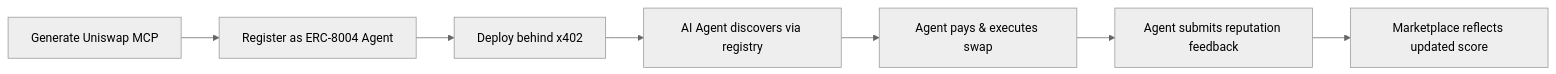
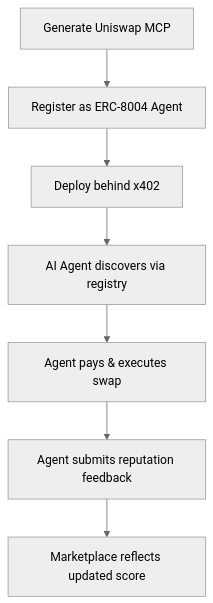
Before and after one commit to imajus/cryptopus: the second of 2 diagrams in docs/Requirements.md, drawn with Mermaid (neutral theme). The commit also changed other lines of this file, not shown here.

````diff
--- a/docs/Requirements.md
+++ b/docs/Requirements.md
@@ -102,9 +102,9 @@
 ```mermaid
-graph LR
+graph TB
     A[Generate Uniswap MCP] --> B[Register as ERC-8004 Agent]
     B --> C[Deploy behind x402]
     C --> D[AI Agent discovers via registry]
     D --> E[Agent pays & executes swap]
     E --> F[Agent submits reputation feedback]
     F --> G[Marketplace reflects updated score]
 ```
````
